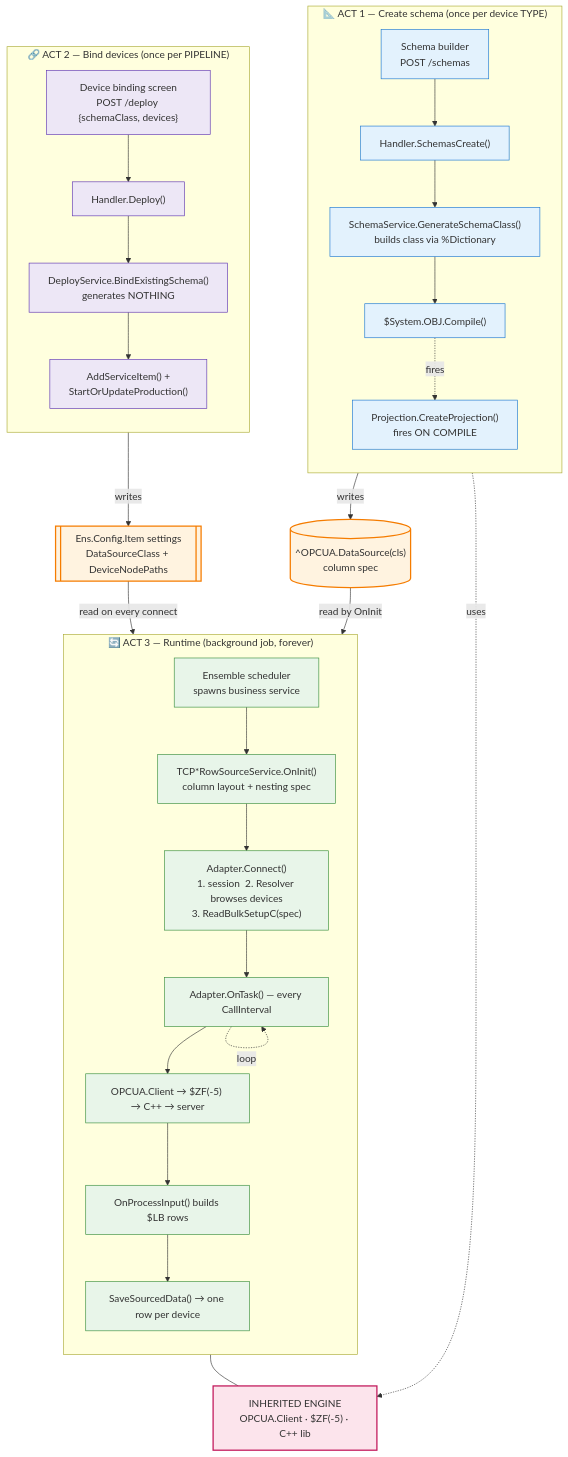
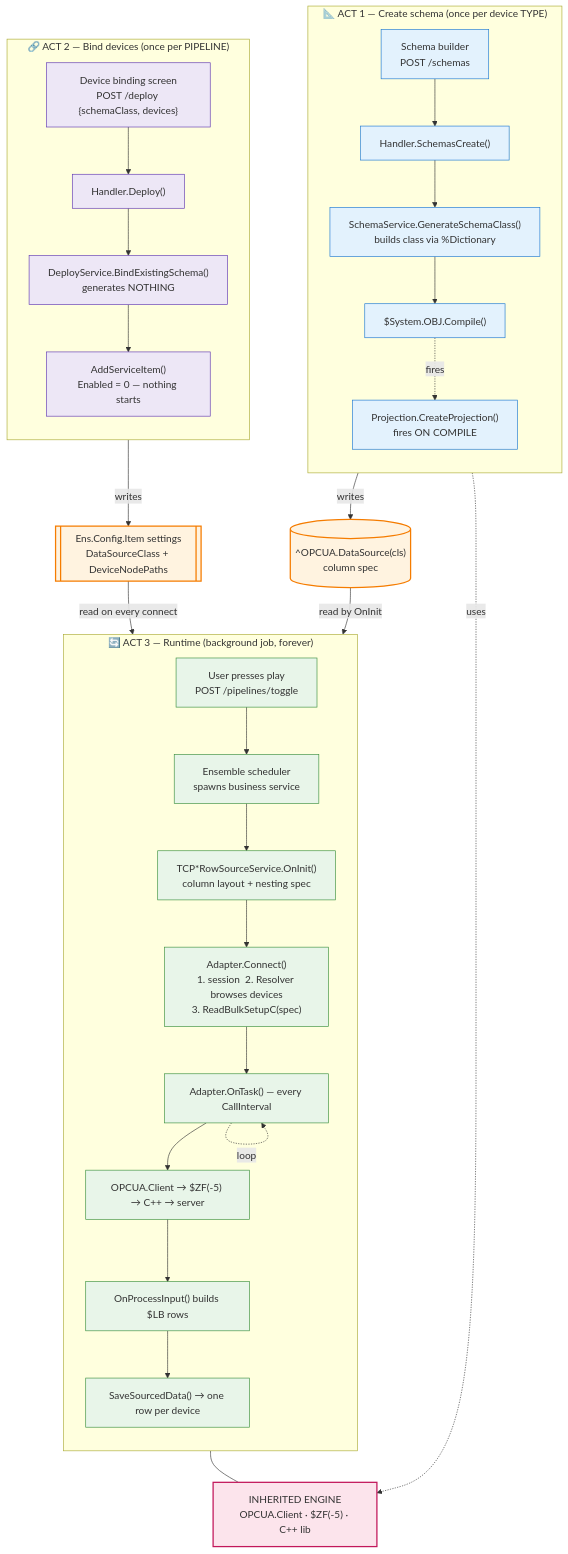
Before and after one commit to GiornoRetr0/iris-opcua: the first of 4 diagrams in WORKFLOW-DIAGRAM.md, drawn with Mermaid. The commit also changed other lines of this file and 7 other files, not shown here.

````diff
--- a/WORKFLOW-DIAGRAM.md
+++ b/WORKFLOW-DIAGRAM.md
@@ -23,58 +23,59 @@
 ```mermaid
 flowchart TB
     subgraph ACT1["📐 ACT 1 — Create schema (once per device TYPE)"]
         direction TB
         A1["Schema builder<br/>POST /schemas"]
         A2["Handler.SchemasCreate()"]
         A3["SchemaService.GenerateSchemaClass()<br/>builds class via %Dictionary"]
         A4["$System.OBJ.Compile()"]
         A5["Projection.CreateProjection()<br/>fires ON COMPILE"]
         A1 --> A2 --> A3 --> A4 -.fires.-> A5
     end
 
     G1[("^OPCUA.DataSource(cls)<br/>column spec")]
     A5 -- writes --> G1
 
     subgraph ACT2["🔗 ACT 2 — Bind devices (once per PIPELINE)"]
         direction TB
         C1["Device binding screen<br/>POST /deploy {schemaClass, devices}"]
         C2["Handler.Deploy()"]
         C3["DeployService.BindExistingSchema()<br/>generates NOTHING"]
-        C4["AddServiceItem() +<br/>StartOrUpdateProduction()"]
+        C4["AddServiceItem()<br/>Enabled = 0 — nothing starts"]
         C1 --> C2 --> C3 --> C4
     end
 
     S1[["Ens.Config.Item settings<br/>DataSourceClass + DeviceNodePaths"]]
     C4 -- writes --> S1
 
     subgraph ACT3["🔄 ACT 3 — Runtime (background job, forever)"]
         direction TB
+        B0["User presses play<br/>POST /pipelines/toggle"]
         B1["Ensemble scheduler<br/>spawns business service"]
         B2["TCP*RowSourceService.OnInit()<br/>column layout + nesting spec"]
         B3["Adapter.Connect()<br/>1. session  2. Resolver browses devices<br/>3. ReadBulkSetupC(spec)"]
         B4["Adapter.OnTask() — every CallInterval"]
         B5["OPCUA.Client → $ZF(-5) → C++ → server"]
         B6["OnProcessInput() builds $LB rows"]
         B7["SaveSourcedData() → one row per device"]
-        B1 --> B2 --> B3 --> B4 --> B5 --> B6 --> B7
+        B0 --> B1 --> B2 --> B3 --> B4 --> B5 --> B6 --> B7
         B4 -. loop .-> B4
     end
 
     G1 -- read by OnInit --> B2
     S1 -- read on every connect --> B3
 
     ENGINE["INHERITED ENGINE<br/>OPCUA.Client · $ZF(-5) · C++ lib"]
     A4 -.uses.-> ENGINE
     B5 --- ENGINE
 
     classDef act1 fill:#e3f2fd,stroke:#1976d2;
     classDef act2 fill:#ede7f6,stroke:#5e35b1;
     classDef act3 fill:#e8f5e9,stroke:#388e3c;
     classDef glob fill:#fff3e0,stroke:#f57c00,stroke-width:2px;
     classDef eng fill:#fce4ec,stroke:#c2185b,stroke-width:2px;
     class A1,A2,A3,A4,A5 act1;
     class C1,C2,C3,C4 act2;
-    class B1,B2,B3,B4,B5,B6,B7 act3;
+    class B0,B1,B2,B3,B4,B5,B6,B7 act3;
     class G1,S1 glob;
     class ENGINE eng;
 ```
````
